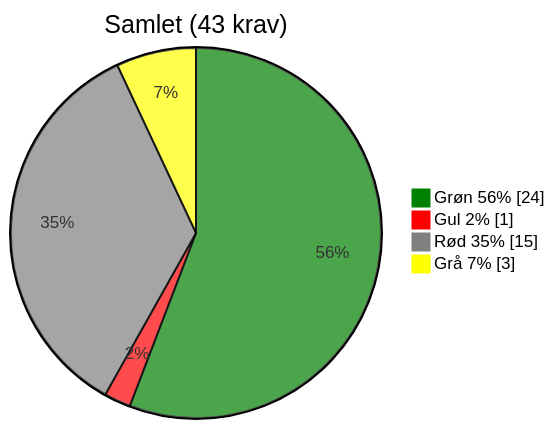
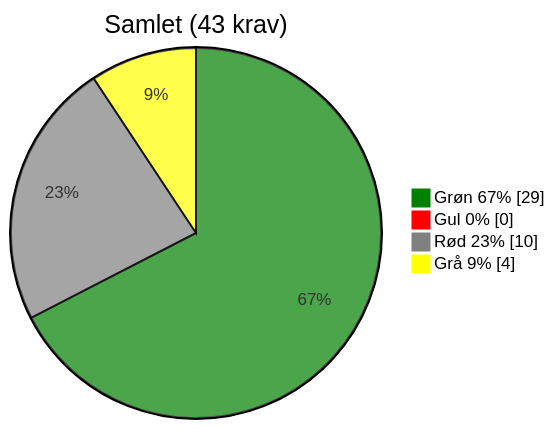
One commit to OS2offdig/os2-product-reviews changed the fifth of 5 diagrams in docs/audits/os2-test_assessment.md. Above: the diagram before and after it, drawn with Mermaid. The commit also changed other lines of this file, not shown here.

````diff
--- a/docs/audits/os2-test_assessment.md
+++ b/docs/audits/os2-test_assessment.md
@@ -166,11 +160,11 @@
 ```mermaid
 %%{init: {"themeVariables": {
  "pie1": "#008000", "pie2": "#FF0000", "pie3": "#808080", "pie4": "#FFFF00"
 }}}%%
 pie showData
  title Samlet (43 krav)
- "Grøn 56%" : 24
- "Gul 2%" : 1
- "Rød 35%" : 15
- "Grå 7%" : 3
+ "Grøn 67%" : 29
+ "Gul 0%" : 0
+ "Rød 23%" : 10
+ "Grå 9%" : 4
 ```
````
